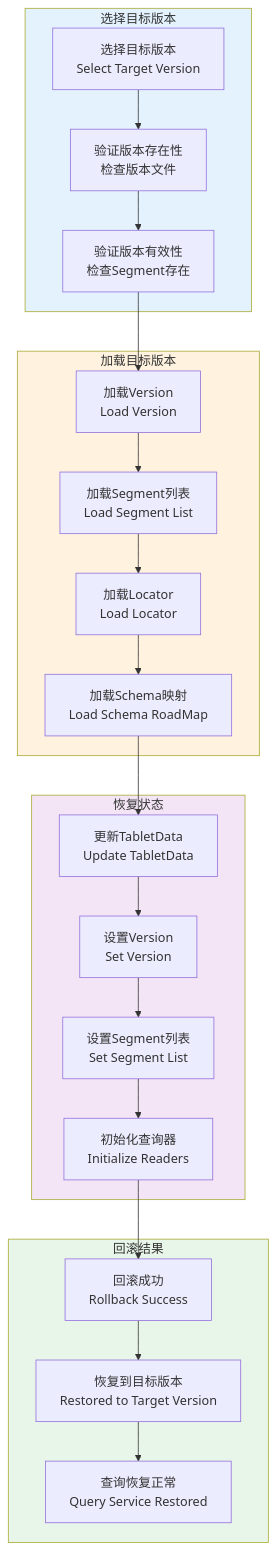
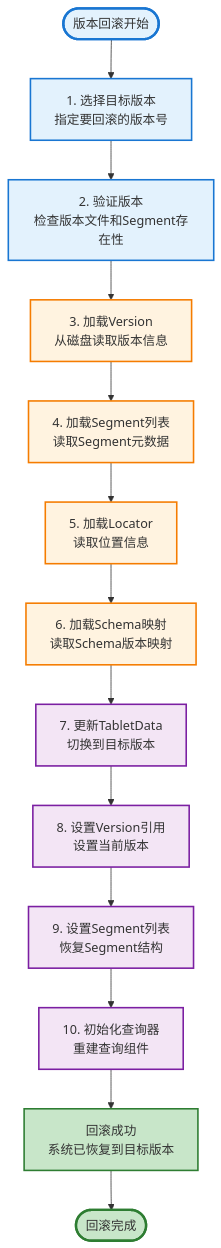
Diagram 18 of 27 in _posts/2025-06-24-indexlib-5-version-management.md (zhouzhilong-commits/zhouzhilong-commits.github.io), drawn with Mermaid before and after one commit. The commit also changed other lines of this file and 6 other files, not shown here.

````diff
--- a/_posts/2025-06-24-indexlib-5-version-management.md
+++ b/_posts/2025-06-24-indexlib-5-version-management.md
@@ -1127,47 +1248,40 @@
 ```mermaid
 flowchart TD
-    subgraph Select["选择目标版本"]
-        S1[选择目标版本<br/>Select Target Version]
-        S2[验证版本存在性<br/>检查版本文件]
-        S3[验证版本有效性<br/>检查Segment存在]
-        S1 --> S2
-        S2 --> S3
-    end
+    Start([版本回滚开始]) --> Step1[1. 选择目标版本<br/>指定要回滚的版本号]
     
-    subgraph Load["加载目标版本"]
-        L1[加载Version<br/>Load Version]
-        L2[加载Segment列表<br/>Load Segment List]
-        L3[加载Locator<br/>Load Locator]
-        L4[加载Schema映射<br/>Load Schema RoadMap]
-        L1 --> L2
-        L2 --> L3
-        L3 --> L4
-    end
+    Step1 --> Step2[2. 验证版本<br/>检查版本文件和Segment存在性]
     
-    subgraph Restore["恢复状态"]
-        R1[更新TabletData<br/>Update TabletData]
-        R2[设置Version<br/>Set Version]
-        R3[设置Segment列表<br/>Set Segment List]
-        R4[初始化查询器<br/>Initialize Readers]
-        R1 --> R2
-        R2 --> R3
-        R3 --> R4
-    end
+    Step2 --> Step3[3. 加载Version<br/>从磁盘读取版本信息]
     
-    subgraph Result["回滚结果"]
-        RE1[回滚成功<br/>Rollback Success]
-        RE2[恢复到目标版本<br/>Restored to Target Version]
-        RE3[查询恢复正常<br/>Query Service Restored]
-        RE1 --> RE2
-        RE2 --> RE3
-    end
+    Step3 --> Step4[4. 加载Segment列表<br/>读取Segment元数据]
     
-    S3 --> L1
-    L4 --> R1
-    R4 --> RE1
+    Step4 --> Step5[5. 加载Locator<br/>读取位置信息]
     
-    style Select fill:#e3f2fd
-    style Load fill:#fff3e0
-    style Restore fill:#f3e5f5
-    style Result fill:#e8f5e9
+    Step5 --> Step6[6. 加载Schema映射<br/>读取Schema版本映射]
+    
+    Step6 --> Step7[7. 更新TabletData<br/>切换到目标版本]
+    
+    Step7 --> Step8[8. 设置Version引用<br/>设置当前版本]
+    
+    Step8 --> Step9[9. 设置Segment列表<br/>恢复Segment结构]
+    
+    Step9 --> Step10[10. 初始化查询器<br/>重建查询组件]
+    
+    Step10 --> Success[回滚成功<br/>系统已恢复到目标版本]
+    
+    Success --> End([回滚完成])
+    
+    style Start fill:#e3f2fd,stroke:#1976d2,stroke-width:3px
+    style Step1 fill:#e3f2fd,stroke:#1976d2,stroke-width:2px
+    style Step2 fill:#e3f2fd,stroke:#1976d2,stroke-width:2px
+    style Step3 fill:#fff3e0,stroke:#f57c00,stroke-width:2px
+    style Step4 fill:#fff3e0,stroke:#f57c00,stroke-width:2px
+    style Step5 fill:#fff3e0,stroke:#f57c00,stroke-width:2px
+    style Step6 fill:#fff3e0,stroke:#f57c00,stroke-width:2px
+    style Step7 fill:#f3e5f5,stroke:#7b1fa2,stroke-width:2px
+    style Step8 fill:#f3e5f5,stroke:#7b1fa2,stroke-width:2px
+    style Step9 fill:#f3e5f5,stroke:#7b1fa2,stroke-width:2px
+    style Step10 fill:#f3e5f5,stroke:#7b1fa2,stroke-width:2px
+    style Success fill:#c8e6c9,stroke:#2e7d32,stroke-width:2px
+    style End fill:#c8e6c9,stroke:#2e7d32,stroke-width:3px
 ```
````
